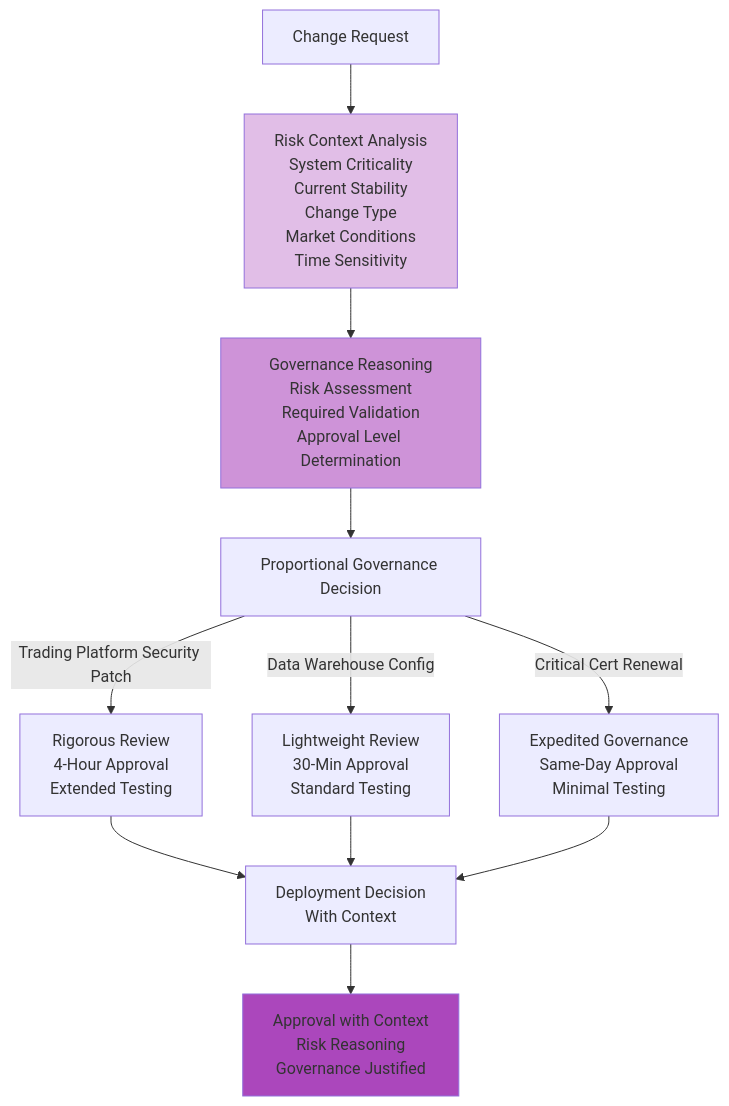
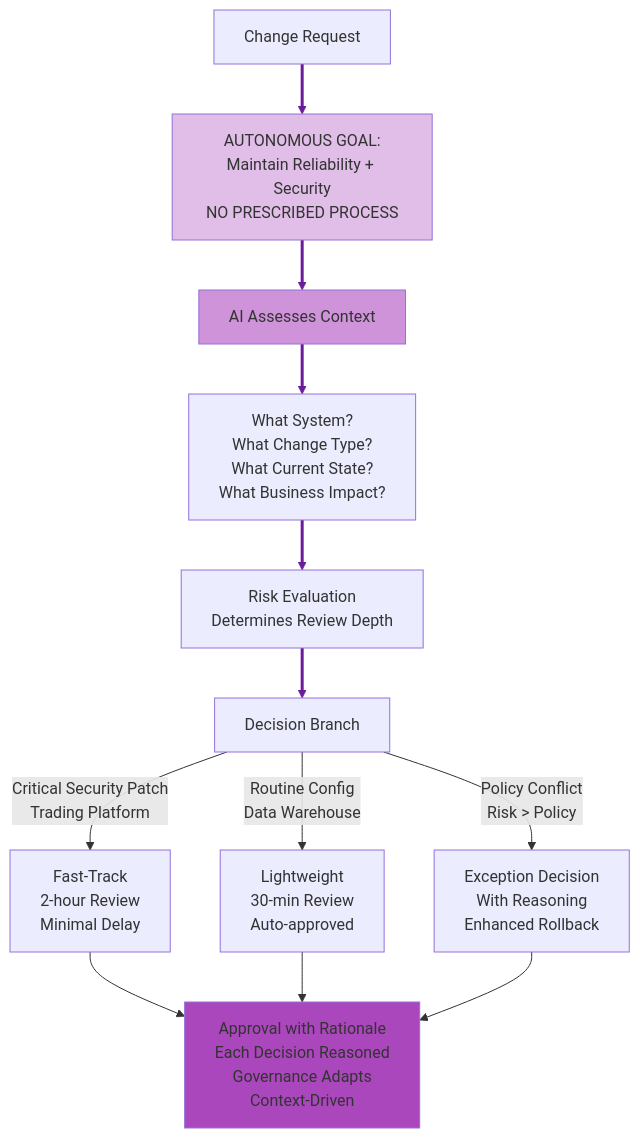
The sixth of 18 diagrams in debate_shortlisted_topics_slide_prep.md (whatevergeek/agentic_vs_deterministic), drawn with Mermaid before and after one commit. The commit also changed other lines of this file, not shown here.

````diff
--- a/debate_shortlisted_topics_slide_prep.md
+++ b/debate_shortlisted_topics_slide_prep.md
@@ -223,17 +242,20 @@
 ```mermaid
 graph TD
-    A["Change Request"] --> B["Risk Context Analysis<br/>System Criticality<br/>Current Stability<br/>Change Type<br/>Market Conditions<br/>Time Sensitivity"]
-    B --> C["Governance Reasoning<br/>Risk Assessment<br/>Required Validation<br/>Approval Level Determination"]
-    C --> D["Proportional Governance Decision"]
-    D -->|"Trading Platform Security Patch"| E["Rigorous Review<br/>4-Hour Approval<br/>Extended Testing"]
-    D -->|"Data Warehouse Config"| F["Lightweight Review<br/>30-Min Approval<br/>Standard Testing"]
-    D -->|"Critical Cert Renewal"| G["Expedited Governance<br/>Same-Day Approval<br/>Minimal Testing"]
-    E --> H["Deployment Decision<br/>With Context"]
-    F --> H
-    G --> H
-    H --> I["Approval with Context<br/>Risk Reasoning<br/>Governance Justified"]
+    A["Change Request"] --> B["AUTONOMOUS GOAL:<br/>Maintain Reliability + Security<br/>NO PRESCRIBED PROCESS"]
+    B --> C["AI Assesses Context"]
+    C --> D["What System?<br/>What Change Type?<br/>What Current State?<br/>What Business Impact?"]
+    D --> E["Risk Evaluation<br/>Determines Review Depth"]
+    E --> F["Decision Branch"]
+    F -->|"Critical Security Patch<br/>Trading Platform"| G["Fast-Track<br/>2-hour Review<br/>Minimal Delay"]
+    F -->|"Routine Config<br/>Data Warehouse"| H["Lightweight<br/>30-min Review<br/>Auto-approved"]
+    F -->|"Policy Conflict<br/>Risk > Policy"| I["Exception Decision<br/>With Reasoning<br/>Enhanced Rollback"]
+    G --> J["Approval with Rationale<br/>Each Decision Reasoned<br/>Governance Adapts<br/>Context-Driven"]
+    H --> J
+    I --> J
     
     style B fill:#e1bee7
     style C fill:#ce93d8
-    style I fill:#ab47bc
+    style J fill:#ab47bc
+    
+    linkStyle 0,1,2,3,4 stroke:#6a1b9a,stroke-width:3px
 ```
````
